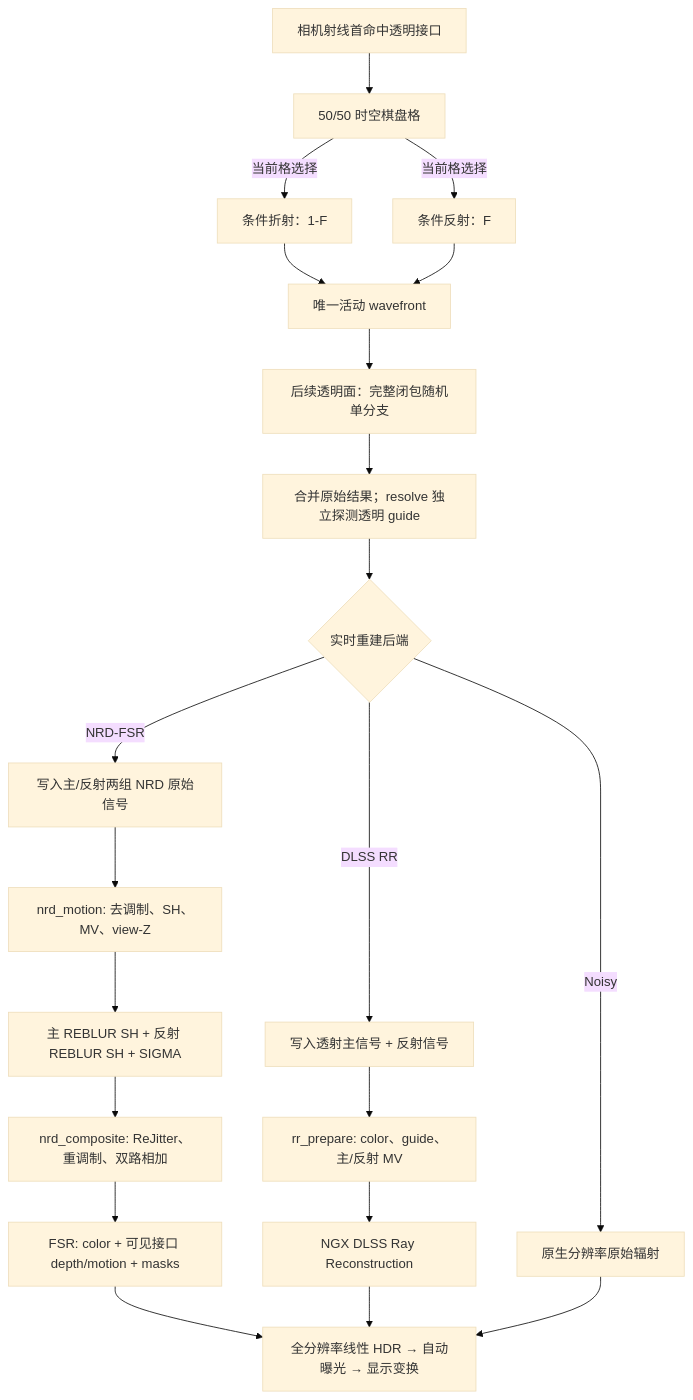
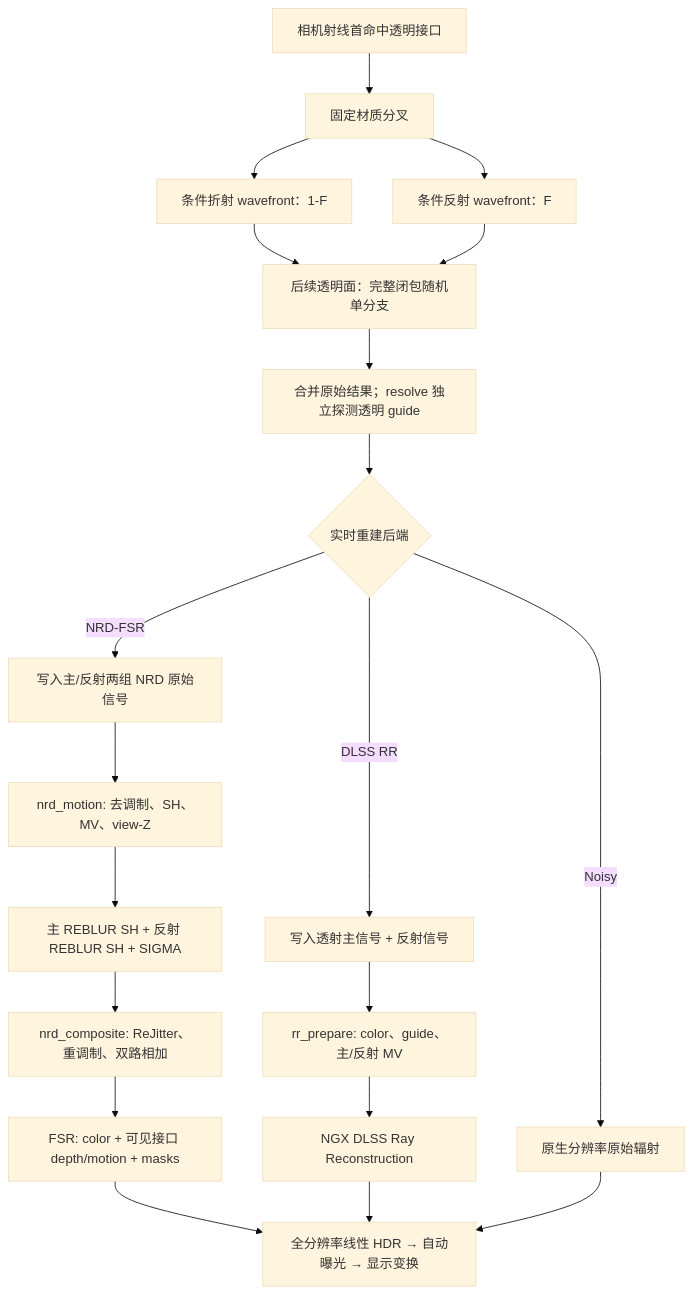
Before and after one commit to 187J3X1-114514/prime: the diagram in docs/透明渲染与实时重建.md, drawn with Mermaid (base theme). The commit also changed other lines of this file and 18 other files, not shown here.

````diff
--- a/docs/透明渲染与实时重建.md
+++ b/docs/透明渲染与实时重建.md
@@ -93,26 +93,25 @@
 ```mermaid
 flowchart TD
-    A["相机射线首命中透明接口"] --> B["50/50 时空棋盘格"]
-    B -->|当前格选择| T["条件折射：1-F"]
-    B -->|当前格选择| R["条件反射：F"]
-    T --> C["唯一活动 wavefront"]
-    R --> C
-    C --> L["后续透明面：完整闭包随机单分支"]
+    A["相机射线首命中透明接口"] --> B["固定材质分叉"]
+    B --> T["条件折射 wavefront：1-F"]
+    B --> R["条件反射 wavefront：F"]
+    T --> L["后续透明面：完整闭包随机单分支"]
+    R --> L
     L --> M["合并原始结果；resolve 独立探测透明 guide"]
     M --> S{"实时重建后端"}
 
     S -->|NRD-FSR| N0["写入主/反射两组 NRD 原始信号"]
     N0 --> N1["nrd_motion: 去调制、SH、MV、view-Z"]
     N1 --> N2["主 REBLUR SH + 反射 REBLUR SH + SIGMA"]
     N2 --> N3["nrd_composite: ReJitter、重调制、双路相加"]
     N3 --> F["FSR: color + 可见接口 depth/motion + masks"]
     F --> D["全分辨率线性 HDR → 自动曝光 → 显示变换"]
 
     S -->|DLSS RR| Q0["写入透射主信号 + 反射信号"]
     Q0 --> Q1["rr_prepare: color、guide、主/反射 MV"]
     Q1 --> Q2["NGX DLSS Ray Reconstruction"]
     Q2 --> D
 
     S -->|Noisy| U0["原生分辨率原始辐射"]
     U0 --> D
 ```
````
